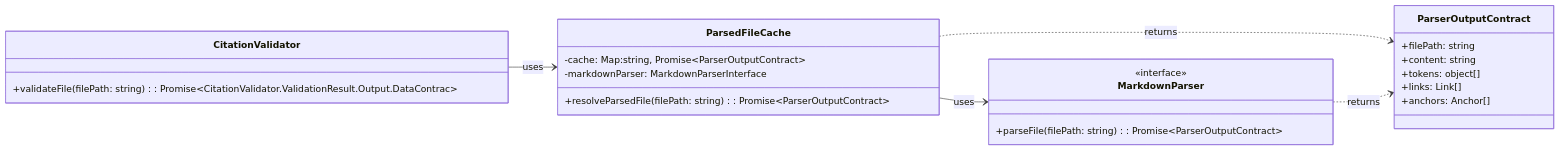
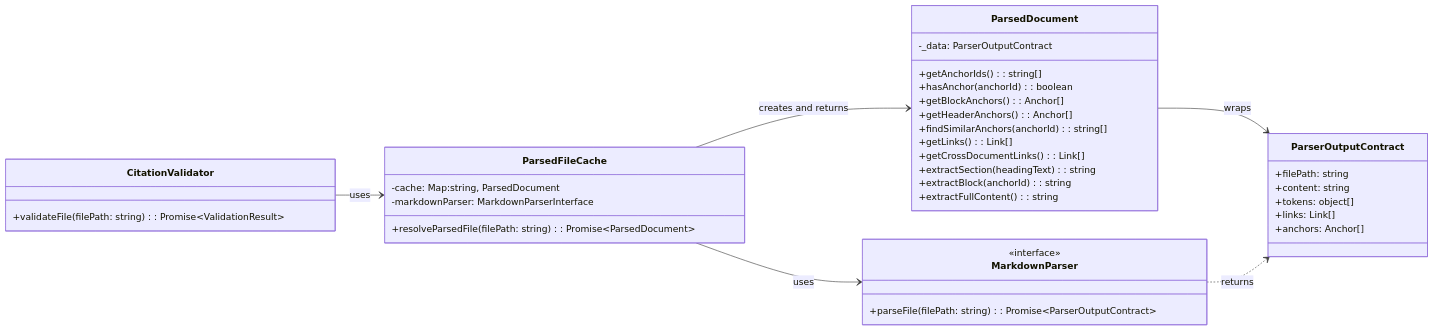
The diagram in tools/citation-manager/design-docs/component-guides/ParsedFileCache Implementation Guide.md (WesleyMFrederick/cc-workflows), drawn with Mermaid before and after one commit. The commit also changed other lines of this file and 34 other files, not shown here.

First line of the commit message:
Complete US1.7 ParsedDocument facade implementation with enhanced agentic workflows and updated agent configurations

````diff
--- a/tools/citation-manager/design-docs/component-guides/ParsedFileCache Implementation Guide.md
+++ b/tools/citation-manager/design-docs/component-guides/ParsedFileCache Implementation Guide.md
@@ -26,32 +26,47 @@
 ```mermaid
 classDiagram
     direction LR
 
     class ParserOutputContract {
         +filePath: string
         +content: string
         +tokens: object[]
         +links: Link[]
         +anchors: Anchor[]
     }
 
+    class ParsedDocument {
+        -_data: ParserOutputContract
+        +getAnchorIds(): string[]
+        +hasAnchor(anchorId): boolean
+        +getBlockAnchors(): Anchor[]
+        +getHeaderAnchors(): Anchor[]
+        +findSimilarAnchors(anchorId): string[]
+        +getLinks(): Link[]
+        +getCrossDocumentLinks(): Link[]
+        +extractSection(headingText): string
+        +extractBlock(anchorId): string
+        +extractFullContent(): string
+    }
+
     class MarkdownParser {
         <<interface>>
         +parseFile(filePath: string): Promise~ParserOutputContract~
     }
-    
+
     class CitationValidator {
-        +validateFile(filePath: string): Promise~CitationValidator.ValidationResult.Output.DataContrac~
+        +validateFile(filePath: string): Promise~ValidationResult~
     }
 
     class ParsedFileCache {
-        -cache: Map:string, Promise~ParserOutputContract~
+        -cache: Map:string, ParsedDocument
         -markdownParser: MarkdownParserInterface
-        +resolveParsedFile(filePath: string): Promise~ParserOutputContract~
+        +resolveParsedFile(filePath: string): Promise~ParsedDocument~
     }
 
     CitationValidator --> ParsedFileCache : uses
     ParsedFileCache --> MarkdownParser : uses
-    ParsedFileCache ..> ParserOutputContract : returns
+    ParsedFileCache --> ParsedDocument : creates and returns
+    ParsedDocument --> ParserOutputContract : wraps
     MarkdownParser ..> ParserOutputContract : returns
 ```
````
